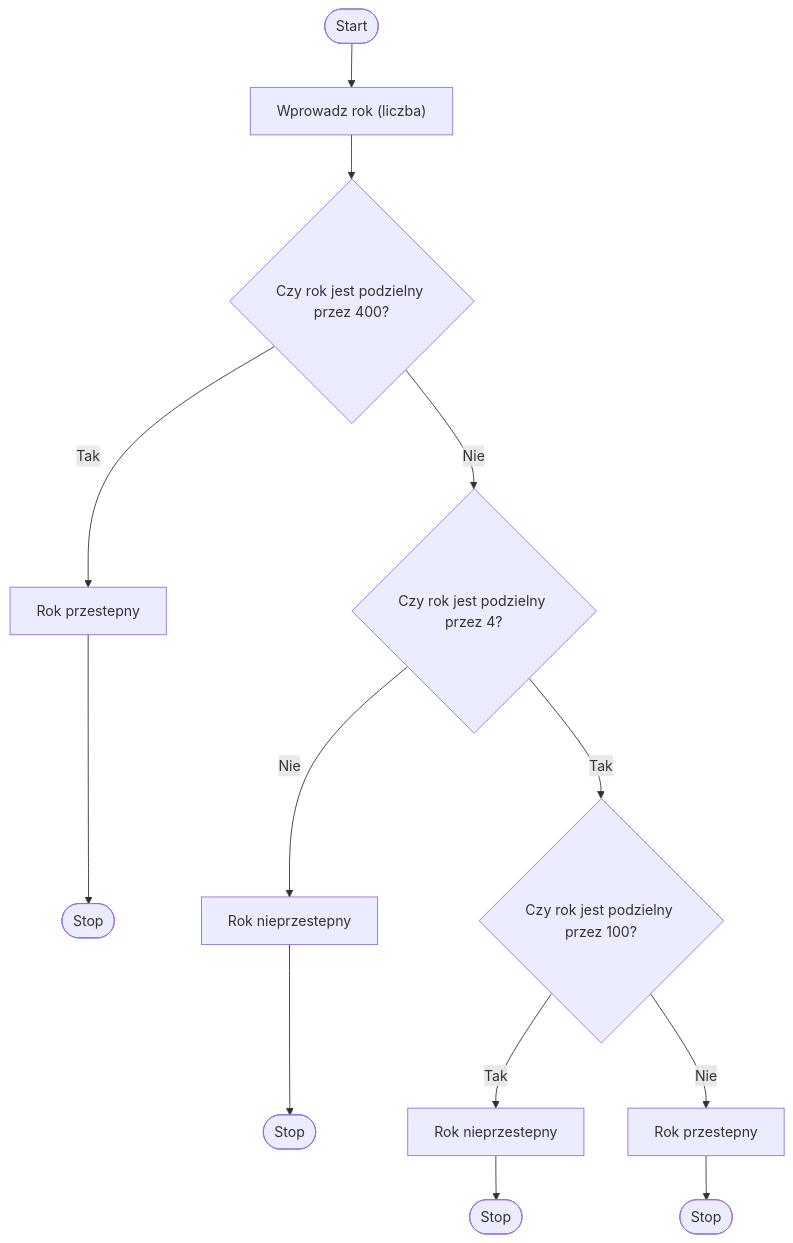
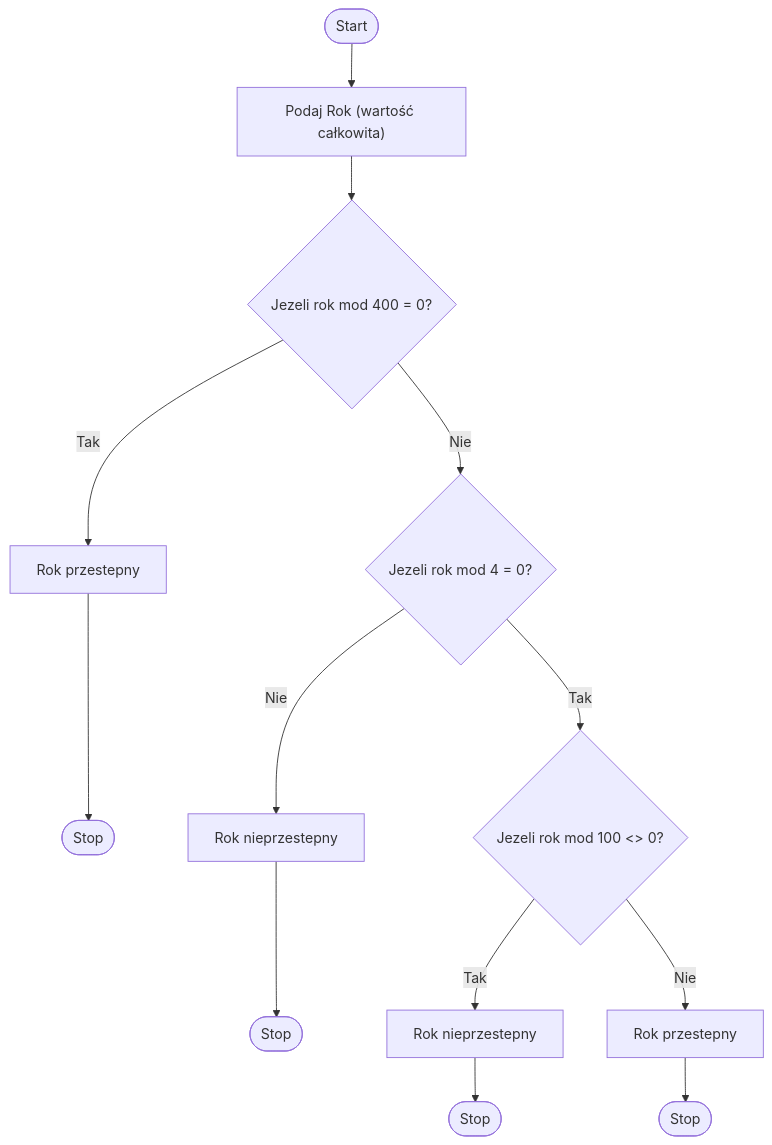
One commit to Mateuszpietrusinski/algorithms-1 changed the diagram in AiSD5_C1/exercise_1/solution.md. Above: the diagram before and after it, drawn with Mermaid.

Commit message:
chore: aligment with steps list

````diff
--- a/AiSD5_C1/exercise_1/solution.md
+++ b/AiSD5_C1/exercise_1/solution.md
@@ -16,15 +16,15 @@
 ```mermaid
 flowchart TD
-    Start([Start]) --> Input["Wprowadz rok (liczba)"]
-    Input --> Check400{Czy rok jest podzielny przez 400?}
+    Start([Start]) --> Input["Podaj Rok (wartość całkowita)"]
+    Input --> Check400{Jezeli rok mod 400 = 0?}
     Check400 -- Tak --> LeapYear1["Rok przestepny"]
     LeapYear1 --> End1([Stop])
-    Check400 -- Nie --> Check4{Czy rok jest podzielny przez 4?}
+    Check400 -- Nie --> Check4{Jezeli rok mod 4 = 0?}
     Check4 -- Nie --> NotLeapYear1["Rok nieprzestepny"]
     NotLeapYear1 --> End2([Stop])
-    Check4 -- Tak --> Check100{Czy rok jest podzielny przez 100?}
+    Check4 -- Tak --> Check100{Jezeli rok mod 100 <> 0?}
     Check100 -- Tak --> NotLeapYear2["Rok nieprzestepny"]
     NotLeapYear2 --> End3([Stop])
     Check100 -- Nie --> LeapYear2["Rok przestepny"]
     LeapYear2 --> End4([Stop])
 ```
````
